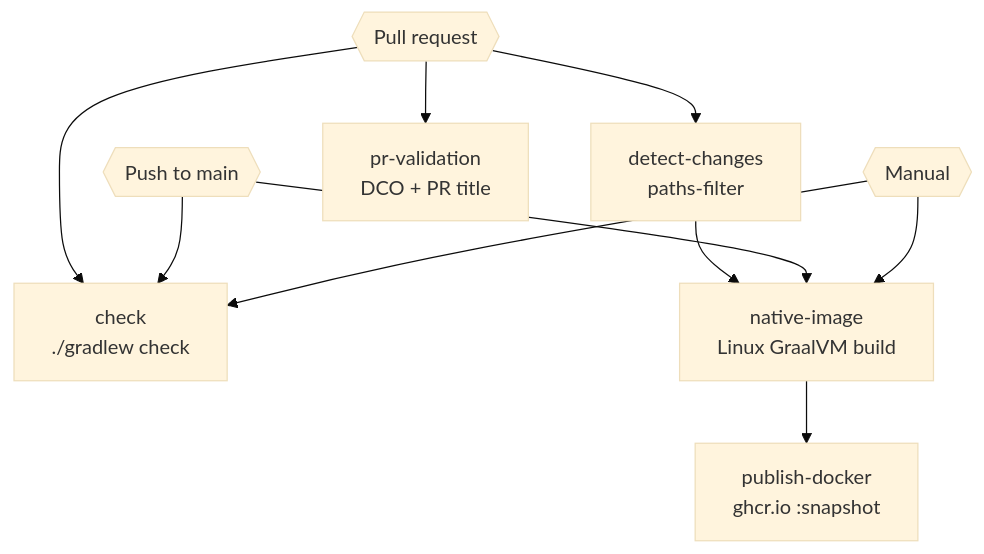
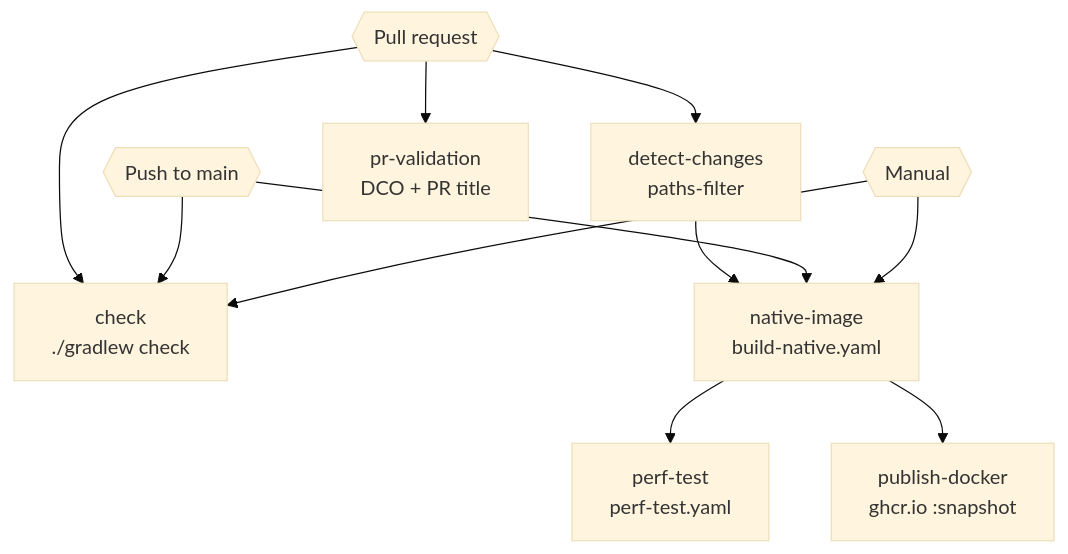
Before and after one commit to vulnlog/vulnlog: the first of 3 diagrams in devdoc/GitHub-Action-Pipelines.md, drawn with Mermaid (base theme). The commit also changed other lines of this file and 5 other files, not shown here.

````diff
--- a/devdoc/GitHub-Action-Pipelines.md
+++ b/devdoc/GitHub-Action-Pipelines.md
@@ -20,15 +20,16 @@
 ```mermaid
 flowchart TD
     PR{{Pull request}}
     PUSH{{Push to main}}
     DISP{{Manual}}
     PR --> PRV[pr-validation<br/>DCO + PR title]
     PR --> DC[detect-changes<br/>paths-filter]
     PR --> CHK[check<br/>./gradlew check]
     PUSH --> CHK
     DISP --> CHK
-    DC --> NI[native-image<br/>Linux GraalVM build]
+    DC --> NI[native-image<br/>build-native.yaml]
     PUSH --> NI
     DISP --> NI
+    NI --> PT[perf-test<br/>perf-test.yaml]
     NI --> PD[publish-docker<br/>ghcr.io :snapshot]
 ```
````
